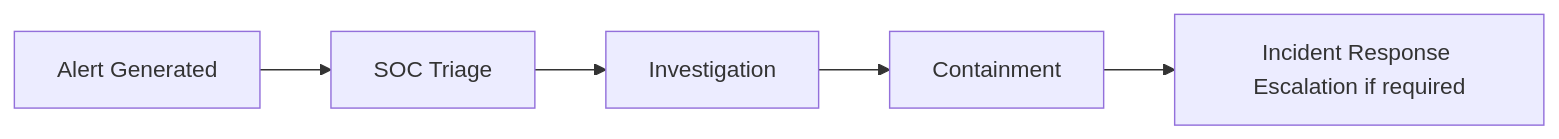
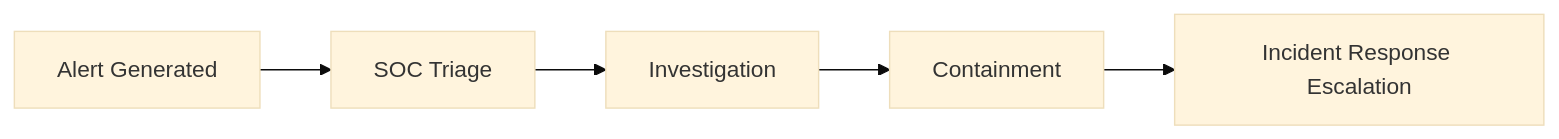
Before and after one commit to aparnaa19/SOC: the diagram in introduction/README.md, drawn with Mermaid.

````diff
--- a/introduction/README.md
+++ b/introduction/README.md
@@ -115,7 +115,8 @@
 ```mermaid
+%%{init: {'theme':'base', 'flowchart': {'curve': 'linear'}}}%%
 flowchart LR
     A[Alert Generated] --> B[SOC Triage]
     B --> C[Investigation]
     C --> D[Containment]
-    D --> E[Incident Response Escalation if required]
+    D --> E[Incident Response Escalation]
 ```
````
